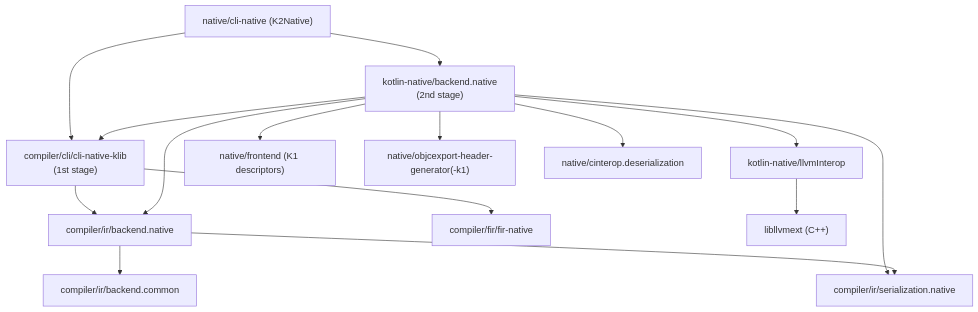
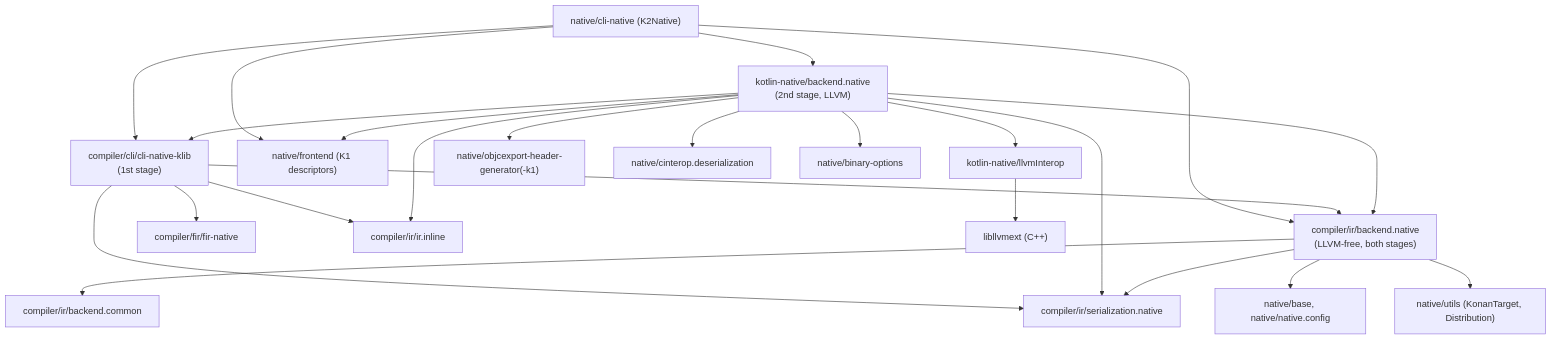
Before and after one commit to JetBrains/kotlin: the second of 3 diagrams in docs/native/architecture.md, drawn with Mermaid. The commit also changed other lines of this file and 57 other files, not shown here.

First line of the commit message:
[K/N] Add deep dives and diagrams to the Native knowledge base

````diff
--- a/docs/native/architecture.md
+++ b/docs/native/architecture.md
@@ -62,17 +85,25 @@
 ```mermaid
-graph TD
+flowchart TD
     cli["native/cli-native (K2Native)"] --> klibcli["compiler/cli/cli-native-klib<br/>(1st stage)"]
-    cli --> backend["kotlin-native/backend.native<br/>(2nd stage)"]
-    klibcli --> irnative["compiler/ir/backend.native"]
+    cli --> backend["kotlin-native/backend.native<br/>(2nd stage, LLVM)"]
+    cli --> irnative
+    cli --> fe
+    klibcli --> irnative["compiler/ir/backend.native<br/>(LLVM-free, both stages)"]
     klibcli --> firnative["compiler/fir/fir-native"]
+    klibcli --> sernative
+    klibcli --> inline["compiler/ir/ir.inline"]
     backend --> irnative
     backend --> klibcli
     backend --> sernative["compiler/ir/serialization.native"]
+    backend --> inline
     backend --> llvm["kotlin-native/llvmInterop"]
     backend --> fe["native/frontend (K1 descriptors)"]
     backend --> objc["native/objcexport-header-generator(-k1)"]
     backend --> cid["native/cinterop.deserialization"]
+    backend --> binopts["native/binary-options"]
     irnative --> common["compiler/ir/backend.common"]
     irnative --> sernative
+    irnative --> base["native/base, native/native.config"]
+    irnative --> utils["native/utils (KonanTarget, Distribution)"]
     llvm --> ext["libllvmext (C++)"]
 ```
````
